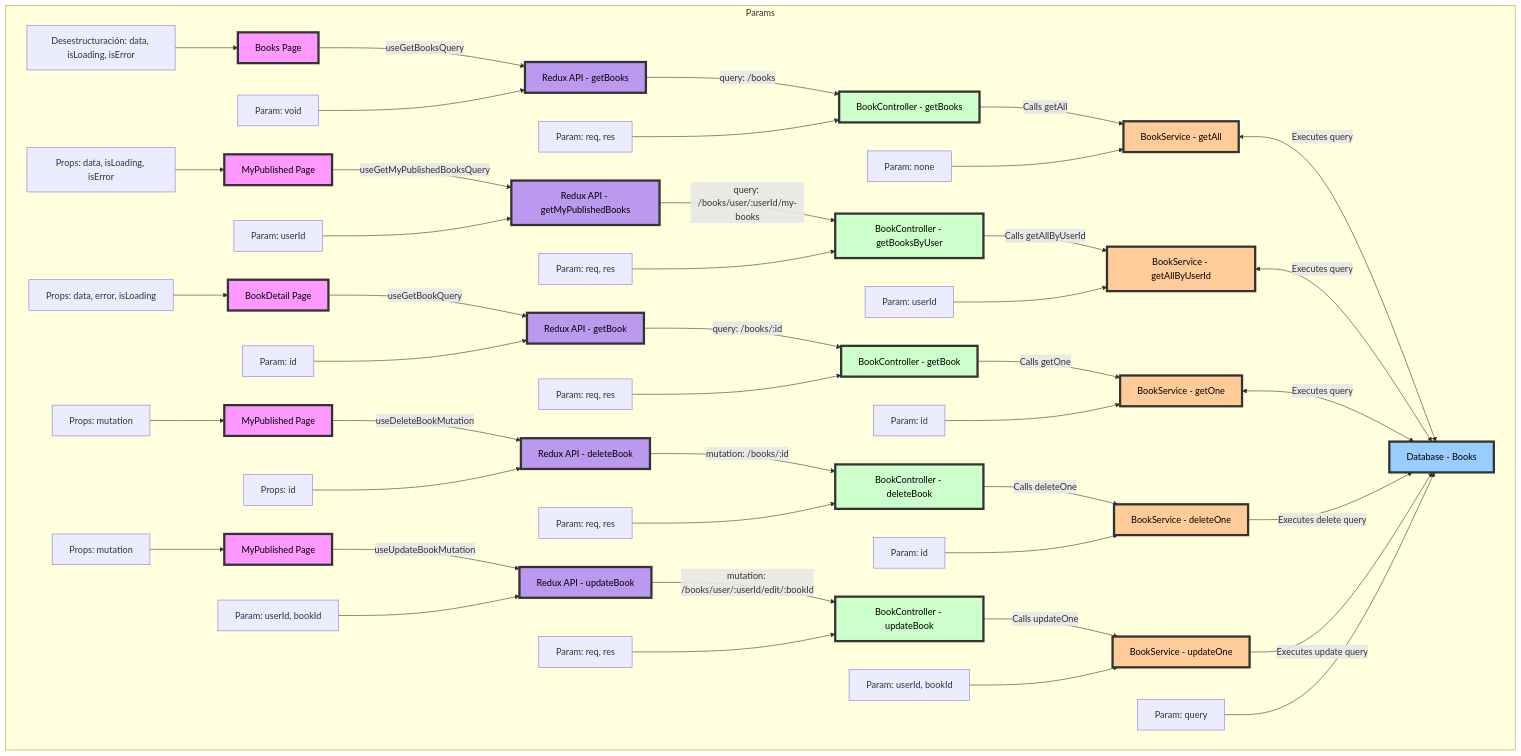
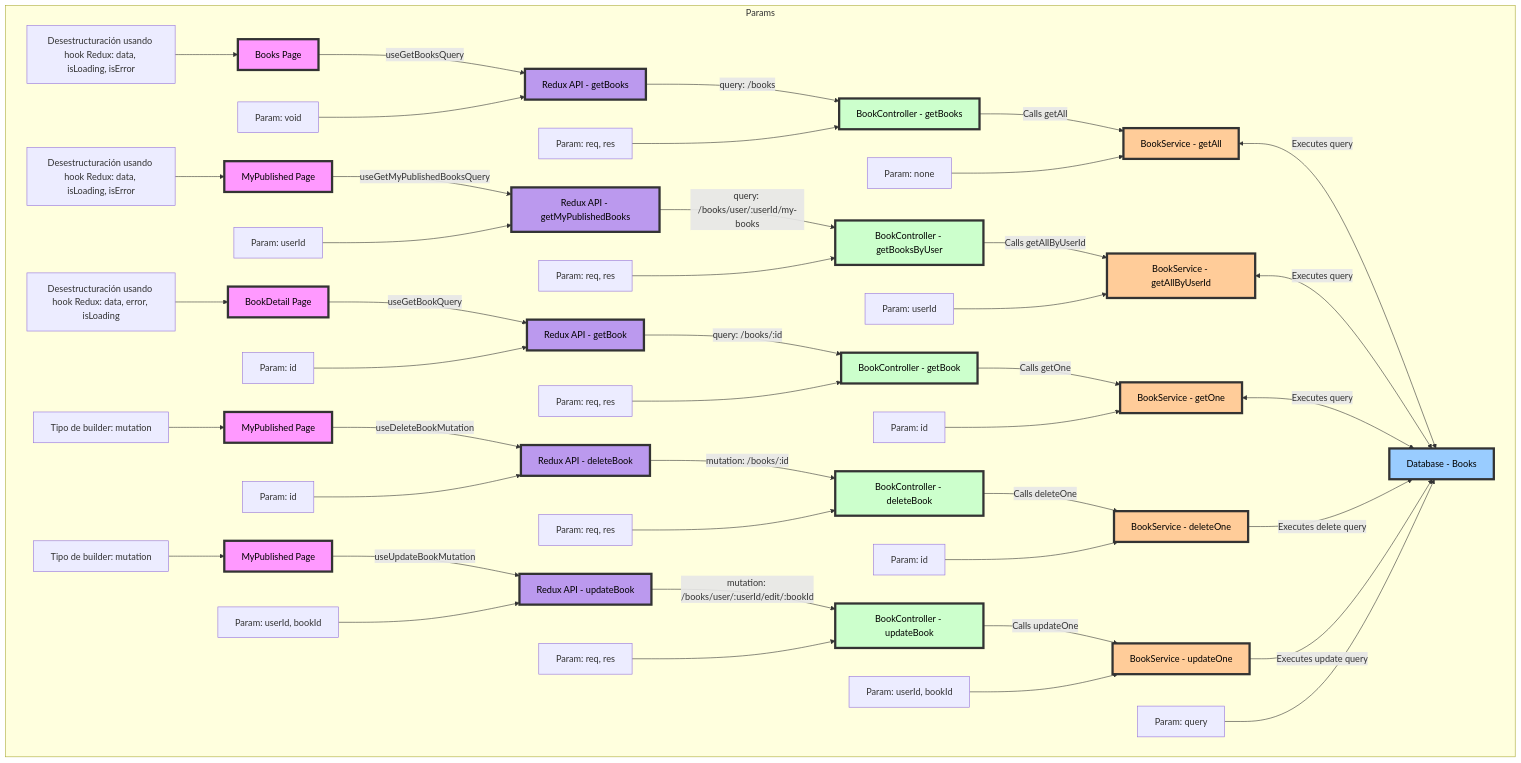
The second of 2 diagrams in client/README.md (FernandoMoyano/EcoReaders), drawn with Mermaid before and after one commit. The commit also changed other lines of this file, not shown here.

Commit message:
modificando arbol de componentes mermaid

```diff
--- a/client/README.md
+++ b/client/README.md
@@ -121,27 +123,27 @@
 
     %% Detalles de los Props
     subgraph Params
-        A1[Desestructuración: data, isLoading, isError] --> A
+        A1[Desestructuración usando hook Redux: data, isLoading, isError] --> A
         B1[Param: void] --> B
         C1[Param: req, res] --> C
         D1[Param: none] --> D
 
-        F1[Props: data, isLoading, isError] --> F
+        F1[Desestructuración usando hook Redux: data, isLoading, isError] --> F
         G1[Param: userId] --> G
         H1[Param: req, res] --> H
         I1[Param: userId] --> I
 
-        J1[Props: data, error, isLoading] --> J
+        J1[Desestructuración usando hook Redux: data, error, isLoading] --> J
         K1[Param: id] --> K
         L1[Param: req, res] --> L
         M1[Param: id] --> M
 
-        N1[Props: mutation] --> N
-        O1[Props: id] --> O
+        N1[Tipo de builder: mutation] --> N
+        O1[Param: id] --> O
         P1[Param: req, res] --> P
         Q1[Param: id] --> Q
 
-        R1[Props: mutation] --> R
+        R1[Tipo de builder: mutation] --> R
         S1[Param: userId, bookId] --> S
         T1[Param: req, res] --> T
         U1[Param: userId, bookId] --> U
```
